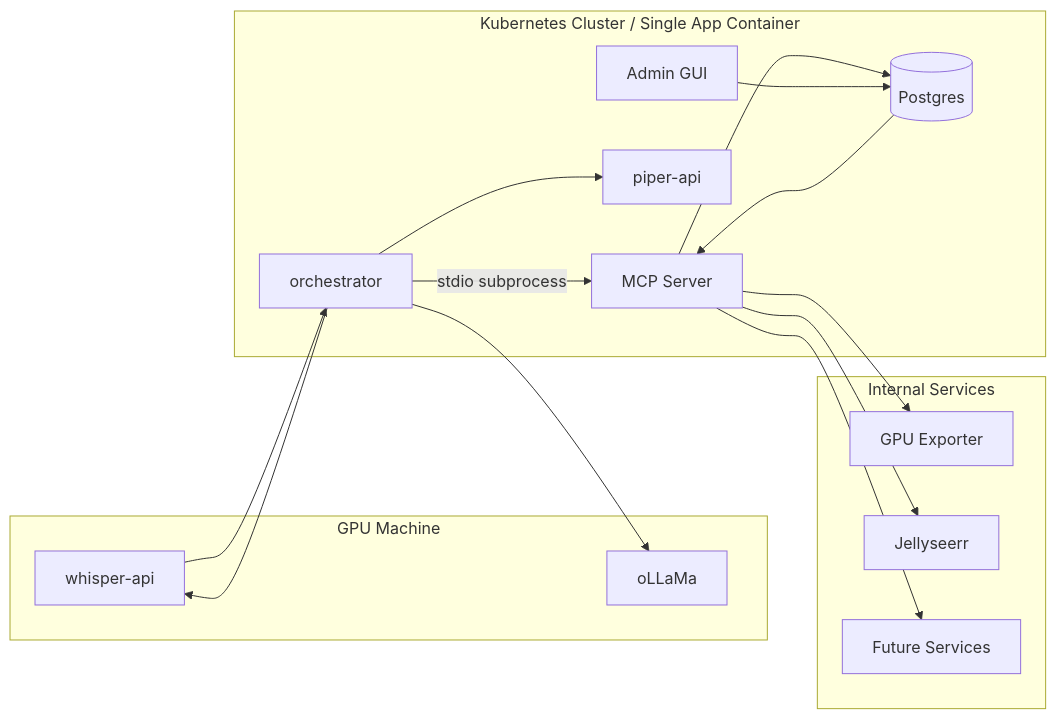
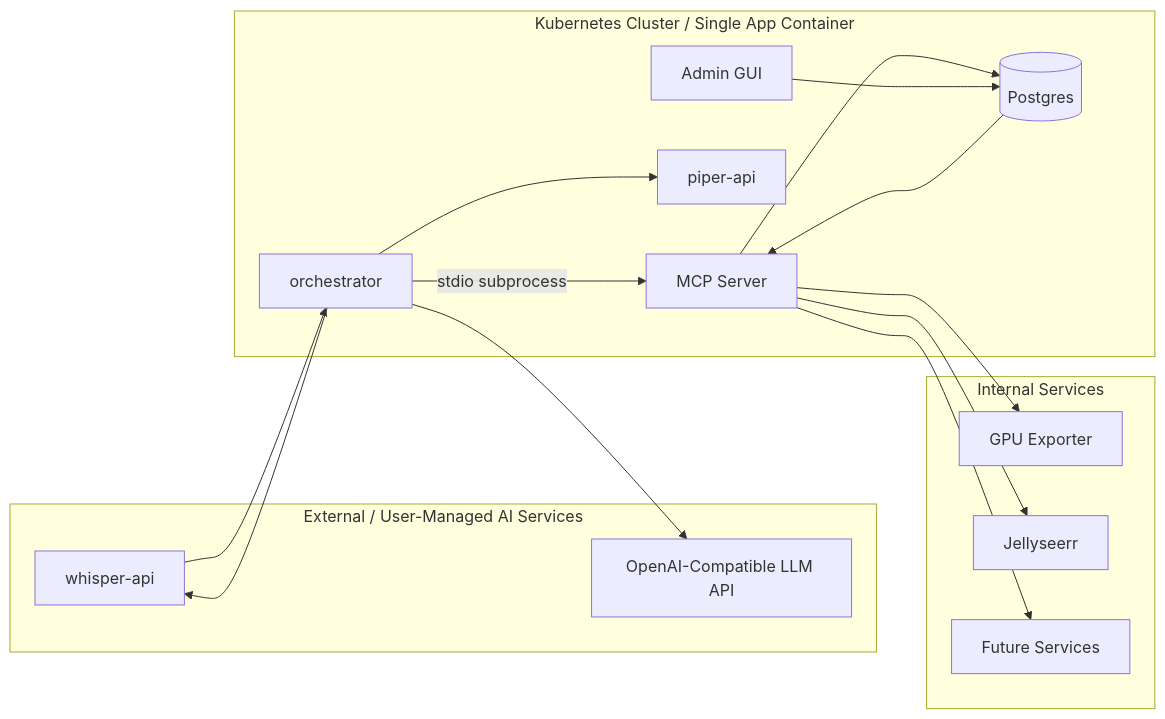
Before and after one commit to psyeo2/Clankassist: the second of 4 diagrams in docs/ARCHITECTURE.md, drawn with Mermaid. The commit also changed other lines of this file and 2 other files, not shown here.

````diff
--- a/docs/ARCHITECTURE.md
+++ b/docs/ARCHITECTURE.md
@@ -55,34 +55,34 @@
 ```mermaid
 flowchart LR
 
-subgraph GPUHost["GPU Machine"]
+subgraph ExternalAI["External / User-Managed AI Services"]
   whisper[whisper-api]
-  ollama[oLLaMa]
+  llm[OpenAI-Compatible LLM API]
 end
 
 subgraph AppHost["Kubernetes Cluster / Single App Container"]
   orchestrator[orchestrator]
   mcp[MCP Server]
   piper[piper-api]
   postgres[(Postgres)]
   admin[Admin GUI]
 end
 
 subgraph Services["Internal Services"]
   gpu[GPU Exporter]
   jelly[Jellyseerr]
   future[Future Services]
 end
 
 orchestrator --> whisper
 whisper --> orchestrator
-orchestrator --> ollama
+orchestrator --> llm
 orchestrator -->|stdio subprocess| mcp
 mcp --> postgres
 postgres --> mcp
 orchestrator --> piper
 mcp --> gpu
 mcp --> jelly
 mcp --> future
 admin --> postgres
 ```
````
